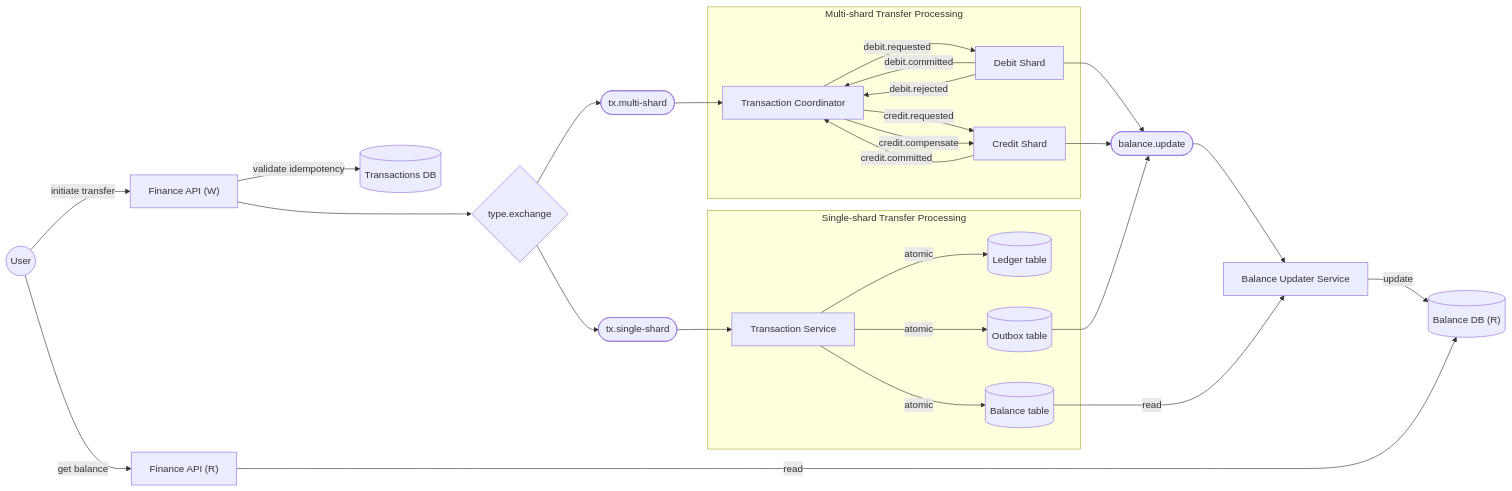
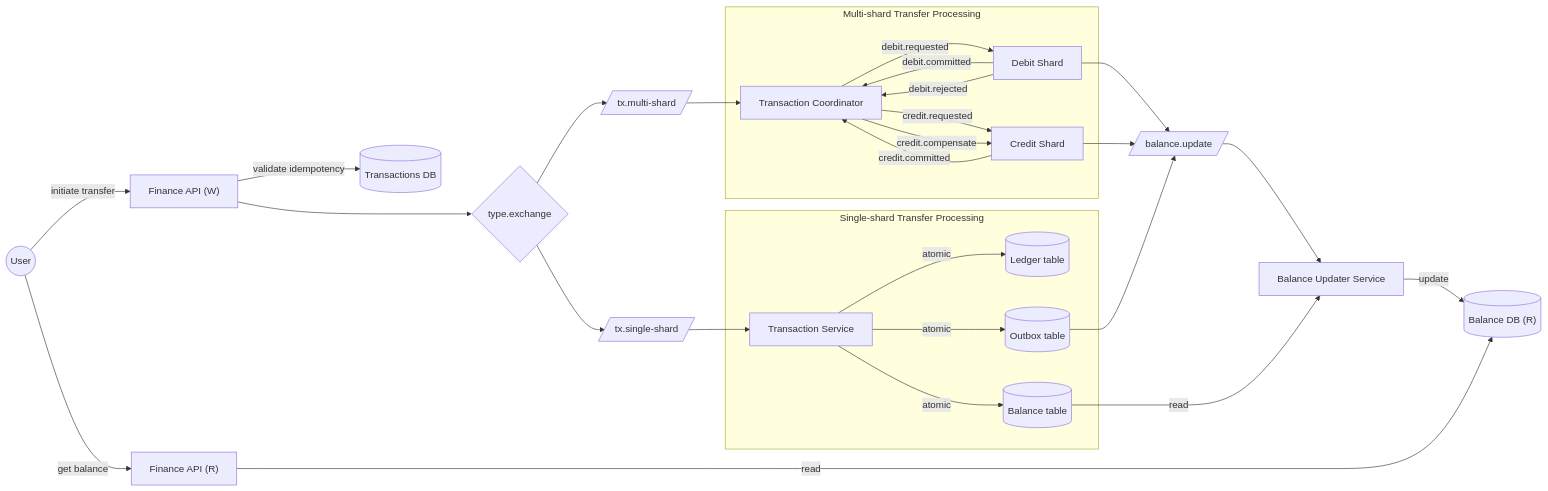
The diagram in diagrams/money-transfer/concept.mmd (0xRichardL/system-design-practice), drawn with Mermaid before and after one commit. The commit also changed 1 other file, not shown here.

Commit message:
chore: change queue shape

```diff
--- a/diagrams/money-transfer/concept.mmd
+++ b/diagrams/money-transfer/concept.mmd
@@ -1,56 +1,56 @@
 flowchart LR
 
 %% Write flow:
 USER((User))
 FINANCE_API_W["Finance API (W)"]
 TX_DB[("Transactions DB")]
 BUS_TYPE_EXCHANGE{"type.exchange"}
 
 USER -->|initiate transfer| FINANCE_API_W
 FINANCE_API_W -->|validate idempotency| TX_DB
 FINANCE_API_W ---> BUS_TYPE_EXCHANGE
 BUS_TYPE_EXCHANGE --> BUS_QUEUE_SINGLE_SHARD & BUS_QUEUE_MULTI_SHARD
 
 %% Local shard transfers:
-BUS_QUEUE_SINGLE_SHARD([tx.single-shard])
+BUS_QUEUE_SINGLE_SHARD[/tx.single-shard/]
 subgraph SINGLE_SHARD_PROCESSING["Single-shard Transfer Processing"]
   SSP_TX_SERVICE["Transaction Service"]
   SSP_LEDGER[("Ledger table")]
   SSP_BALANCE[("Balance table")]
   SSP_OUTBOX[("Outbox table")]
 end
 
 BUS_QUEUE_SINGLE_SHARD --> SSP_TX_SERVICE
 SSP_TX_SERVICE -->|atomic| SSP_LEDGER & SSP_BALANCE & SSP_OUTBOX
 
 %% Multi-shard transfers:
-BUS_QUEUE_MULTI_SHARD([tx.multi-shard])
+BUS_QUEUE_MULTI_SHARD[/tx.multi-shard/]
 subgraph MULTI_SHARD_PROCESSING["Multi-shard Transfer Processing"]
   MSP_COORDINATOR["Transaction Coordinator"]
   MSP_DEBIT_SHARD["Debit Shard"]
   MSP_CREDIT_SHARD["Credit Shard"]
 end
 
 BUS_QUEUE_MULTI_SHARD --> MSP_COORDINATOR
 MSP_COORDINATOR -->|"debit.requested"| MSP_DEBIT_SHARD
 MSP_DEBIT_SHARD -->|"debit.committed"| MSP_COORDINATOR
 MSP_DEBIT_SHARD -->|"debit.rejected"| MSP_COORDINATOR
 
 
 MSP_COORDINATOR -->|"credit.requested"| MSP_CREDIT_SHARD
 MSP_CREDIT_SHARD -->|"credit.committed"| MSP_COORDINATOR
 MSP_COORDINATOR -->|"credit.compensate"| MSP_CREDIT_SHARD
 
 
 %% Read flow:
 FINANCE_API_R["Finance API (R)"]
 BALANCE_DB[("Balance DB (R)")]
-BUS_BALANCE_UPDATE(["balance.update"])
+BUS_BALANCE_UPDATE[/"balance.update"/]
 BALANCE_UPDATER_SERVICE["Balance Updater Service"]
 
 MSP_DEBIT_SHARD & MSP_CREDIT_SHARD & SSP_OUTBOX --> BUS_BALANCE_UPDATE
 BUS_BALANCE_UPDATE --> BALANCE_UPDATER_SERVICE
 SSP_BALANCE -->|read| BALANCE_UPDATER_SERVICE
 BALANCE_UPDATER_SERVICE -->|update| BALANCE_DB
 USER -->|get balance| FINANCE_API_R
 FINANCE_API_R --------->|read| BALANCE_DB
```
